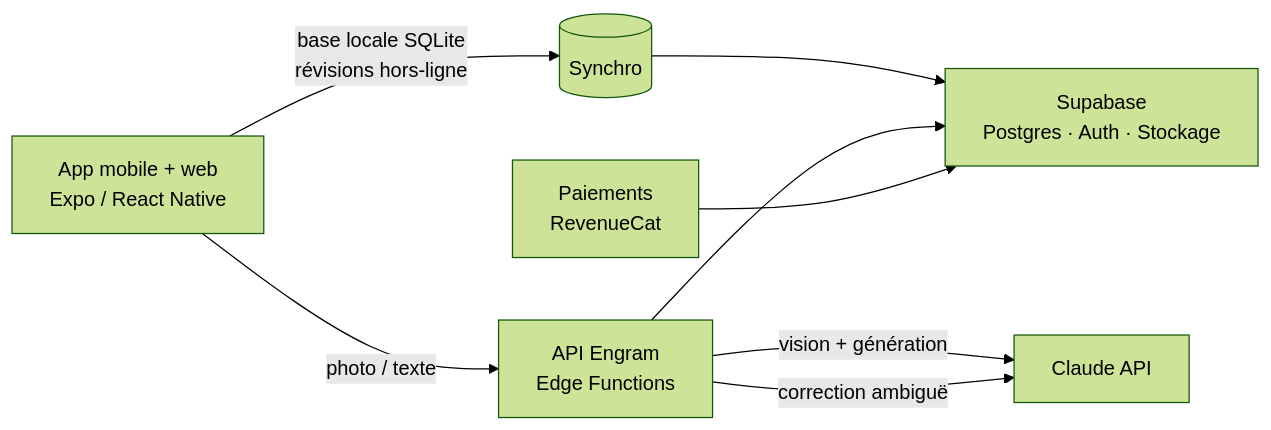
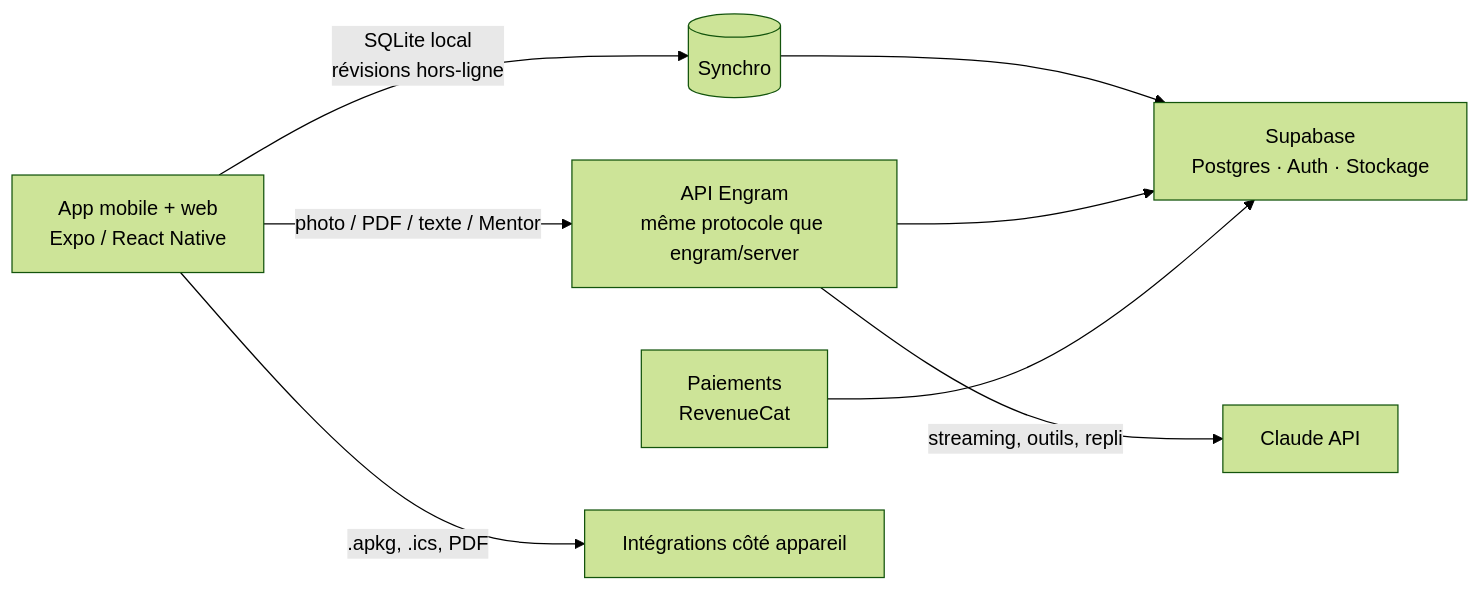
Before and after one commit to mrcisse12/STOCKR: the diagram in engram/FICHE_TECHNIQUE.md, drawn with Mermaid (forest theme). The commit also changed other lines of this file and 8 other files, not shown here.

````diff
--- a/engram/FICHE_TECHNIQUE.md
+++ b/engram/FICHE_TECHNIQUE.md
@@ -120,10 +222,10 @@
 ```mermaid
 flowchart LR
-  A[App mobile + web<br/>Expo / React Native] -- base locale SQLite<br/>révisions hors-ligne --> B[(Synchro)]
+  A[App mobile + web<br/>Expo / React Native] -- SQLite local<br/>révisions hors-ligne --> B[(Synchro)]
   B --> C[Supabase<br/>Postgres · Auth · Stockage]
-  A -- photo / texte --> D[API Engram<br/>Edge Functions]
-  D -- vision + génération --> E[Claude API]
-  D -- correction ambiguë --> E
+  A -- photo / PDF / texte / Mentor --> D[API Engram<br/>même protocole que engram/server]
+  D -- streaming, outils, repli --> E[Claude API]
   D --> C
   F[Paiements<br/>RevenueCat] --> C
+  A -- .apkg, .ics, PDF --> G[Intégrations côté appareil]
 ```
````
